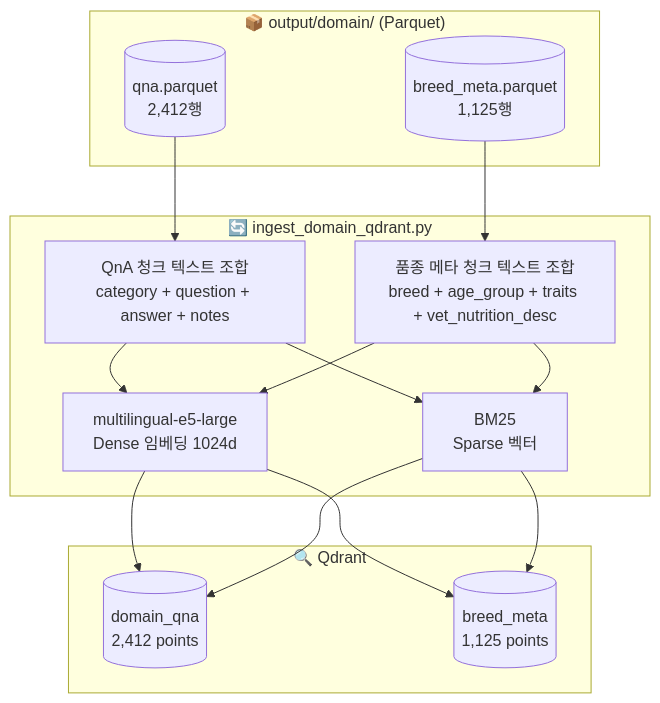
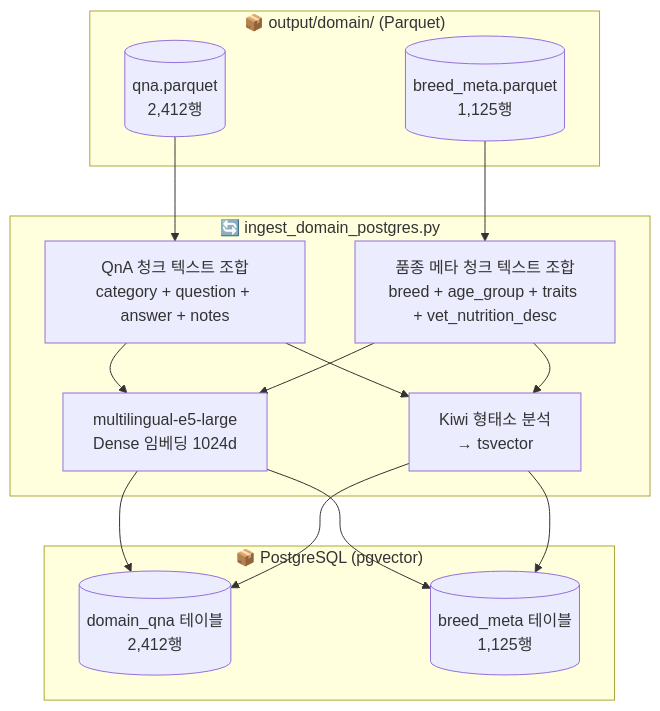
Before and after one commit to skn-ai22-251029/SKN22-Final-2Team-WEB: the first of 3 diagrams in docs/domain/02_domain_rag_pipeline.md, drawn with Mermaid. The commit also changed other lines of this file and 13 other files, not shown here.

First line of the commit message:
feat(products): Qdrant → pgvector 마이그레이션 — Dense + Kiwi tsvector Hybrid Search

````diff
--- a/docs/domain/02_domain_rag_pipeline.md
+++ b/docs/domain/02_domain_rag_pipeline.md
@@ -13,23 +13,23 @@
 ```mermaid
 flowchart TD
     subgraph Input["📦 output/domain/ (Parquet)"]
         P1[(qna.parquet<br>2,412행)]
         P2[(breed_meta.parquet<br>1,125행)]
     end
 
-    subgraph Ingest["🔄 ingest_domain_qdrant.py"]
+    subgraph Ingest["🔄 ingest_domain_postgres.py"]
         C1[QnA 청크 텍스트 조합<br>category + question + answer + notes]
         C2[품종 메타 청크 텍스트 조합<br>breed + age_group + traits + vet_nutrition_desc]
         E1[multilingual-e5-large<br>Dense 임베딩 1024d]
-        E2[BM25<br>Sparse 벡터]
+        E2[Kiwi 형태소 분석<br>→ tsvector]
         P1 --> C1 --> E1 & E2
         P2 --> C2 --> E1 & E2
     end
 
-    subgraph Qdrant["🔍 Qdrant"]
-        Q1[(domain_qna<br>2,412 points)]
-        Q2[(breed_meta<br>1,125 points)]
+    subgraph PostgreSQL["📦 PostgreSQL (pgvector)"]
+        Q1[(domain_qna 테이블<br>2,412행)]
+        Q2[(breed_meta 테이블<br>1,125행)]
         E1 & E2 --> Q1
         E1 & E2 --> Q2
     end
 ```
````
